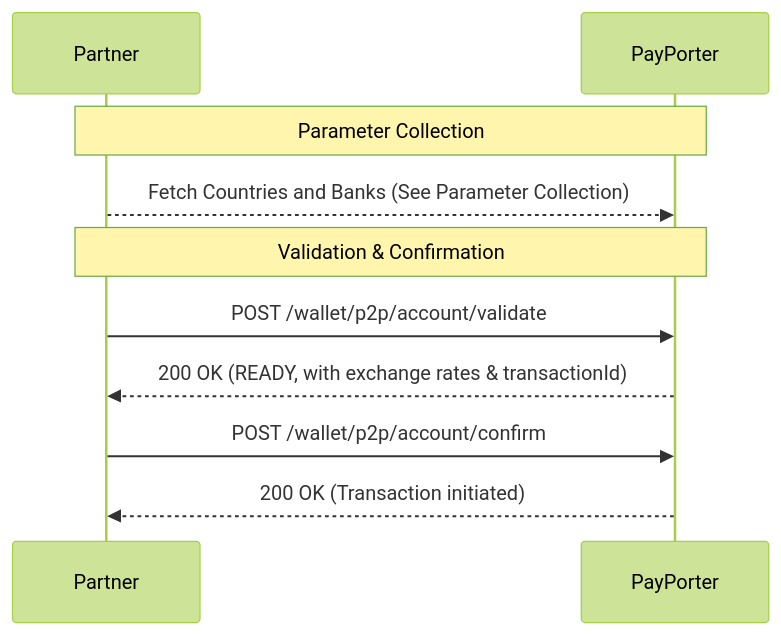
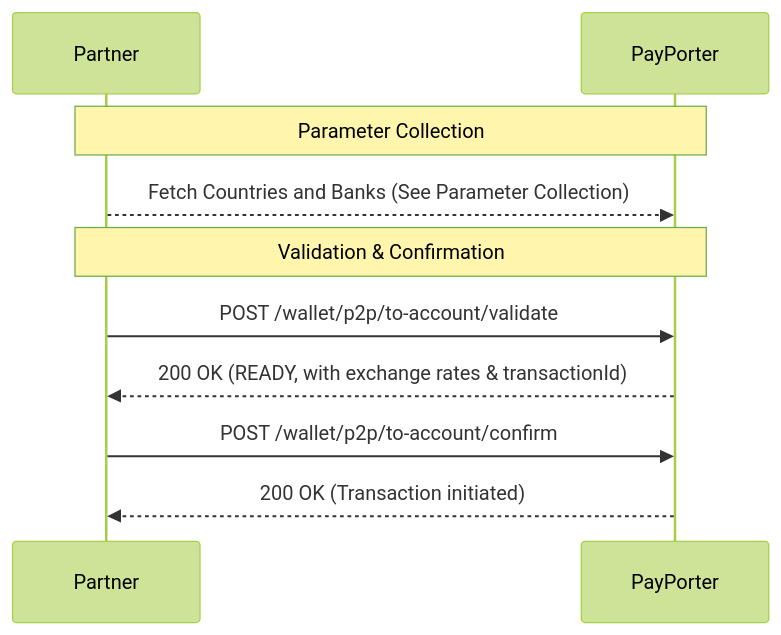
Before and after one commit to commitup/api-doc-v2: the diagram in docs/whitelabel-wallet-v2/account-intro.md, drawn with Mermaid (forest theme). The commit also changed other lines of this file and 19 other files, not shown here.

````diff
--- a/docs/whitelabel-wallet-v2/account-intro.md
+++ b/docs/whitelabel-wallet-v2/account-intro.md
@@ -15,15 +15,15 @@
 ```mermaid
 sequenceDiagram
     participant Partner
     participant PayPorter
 
     Note over Partner, PayPorter: Parameter Collection
     Partner-->>PayPorter: Fetch Countries and Banks (See Parameter Collection)
 
     Note over Partner, PayPorter: Validation & Confirmation
-    Partner->>PayPorter: POST /wallet/p2p/account/validate
+    Partner->>PayPorter: POST /wallet/p2p/to-account/validate
     PayPorter-->>Partner: 200 OK (READY, with exchange rates & transactionId)
     
-    Partner->>PayPorter: POST /wallet/p2p/account/confirm
+    Partner->>PayPorter: POST /wallet/p2p/to-account/confirm
     PayPorter-->>Partner: 200 OK (Transaction initiated)
 ```
````
